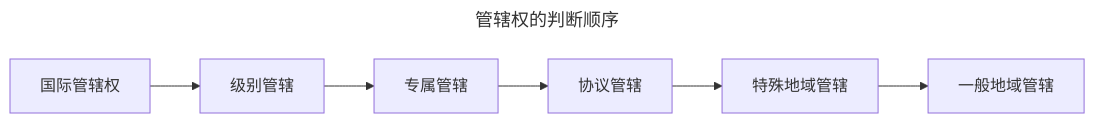
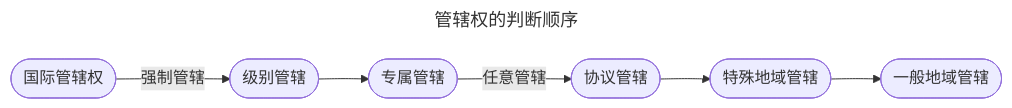
One commit to chilly-chilli/ChillyChilli changed the first of 3 diagrams in content/法学/民商法/民事诉讼法/V 法院主管和管辖.md. Above: the diagram before and after it, drawn with Mermaid. The commit also changed other lines of this file and 9 other files, not shown here.

````diff
--- a/content/法学/民商法/民事诉讼法/V 法院主管和管辖.md
+++ b/content/法学/民商法/民事诉讼法/V 法院主管和管辖.md
@@ -411,7 +426,7 @@
 ```mermaid
 ---
 title: 管辖权的判断顺序
 ---
 graph LR
-	国际管辖权 --> 级别管辖 --> 专属管辖 --> 协议管辖 --> 特殊地域管辖 --> 一般地域管辖
+	A([国际管辖权]) --强制管辖--> B([级别管辖]) --> C([专属管辖]) --任意管辖--> D([协议管辖]) --> E([特殊地域管辖]) --> F([一般地域管辖])
 ```
````
